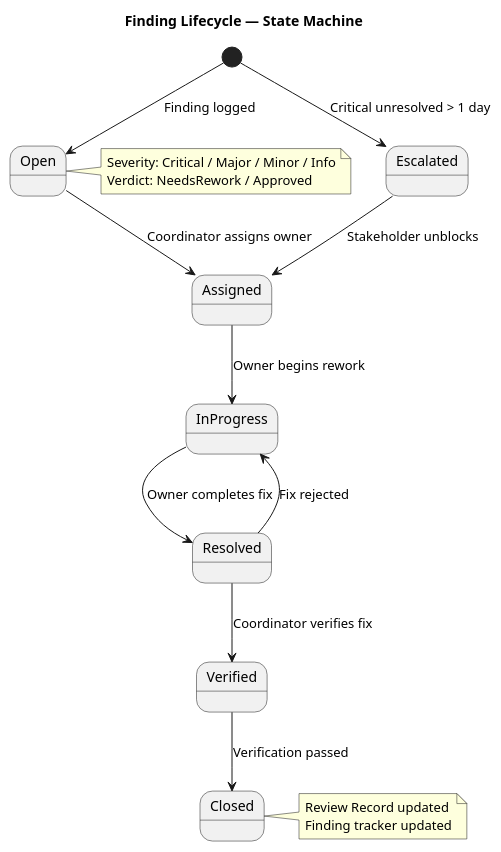
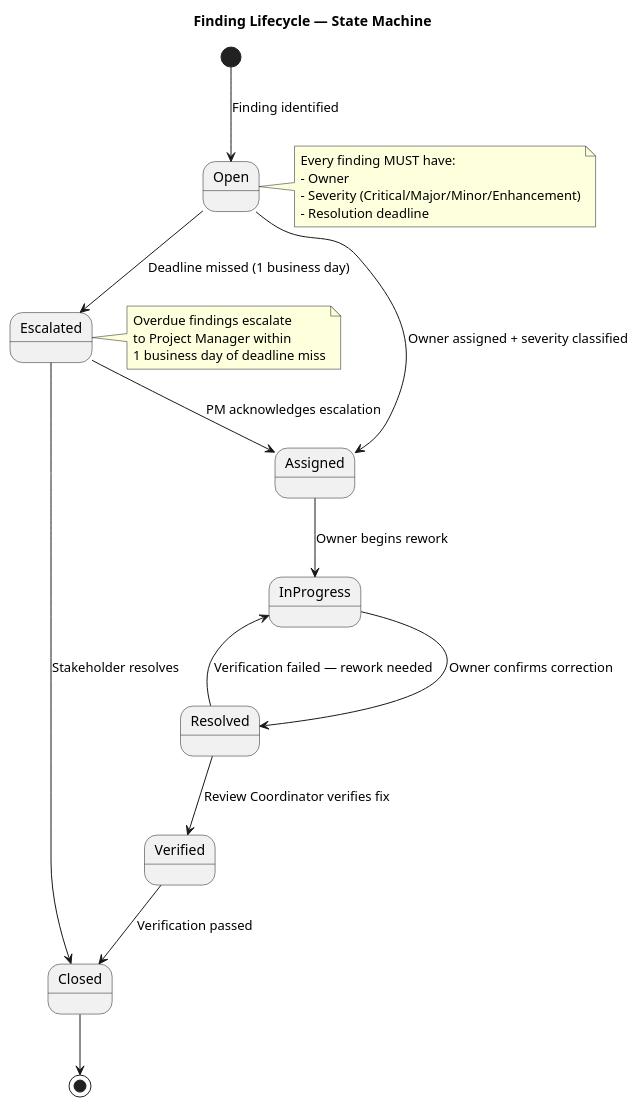
The third of 3 diagrams in docs/artifacts/project-management/review-record.md (banense-test/demo-janke-lab), drawn with PlantUML before and after one commit. The commit also changed other lines of this file, not shown here.

First line of the commit message:
Review Coordinator [I1]: upsert Review Record

````diff
--- a/docs/artifacts/project-management/review-record.md
+++ b/docs/artifacts/project-management/review-record.md
@@ -127,22 +203,33 @@
 ```plantuml
 @startuml
 title Finding Lifecycle — State Machine
-[*] --> Open : Finding logged
-Open --> Assigned : Coordinator assigns owner
+
+[*] --> Open : Finding identified
+Open --> Assigned : Owner assigned + severity classified
 Assigned --> InProgress : Owner begins rework
-InProgress --> Resolved : Owner completes fix
-Resolved --> Verified : Coordinator verifies fix
+InProgress --> Resolved : Owner confirms correction
+Resolved --> Verified : Review Coordinator verifies fix
 Verified --> Closed : Verification passed
-Resolved --> InProgress : Fix rejected
+Resolved --> InProgress : Verification failed — rework needed
+
+Open --> Escalated : Deadline missed (1 business day)
+Escalated --> Assigned : PM acknowledges escalation
+Escalated --> Closed : Stakeholder resolves
+
+Closed --> [*]
+
 note right of Open
-  Severity: Critical / Major / Minor / Info
-  Verdict: NeedsRework / Approved
+  Every finding MUST have:
+  - Owner
+  - Severity (Critical/Major/Minor/Enhancement)
+  - Resolution deadline
 end note
-note right of Closed
-  Review Record updated
-  Finding tracker updated
+
+note right of Escalated
+  Overdue findings escalate
+  to Project Manager within
+  1 business day of deadline miss
 end note
-[*] --> Escalated : Critical unresolved > 1 day
-Escalated --> Assigned : Stakeholder unblocks
+
 @enduml
 ```
````
